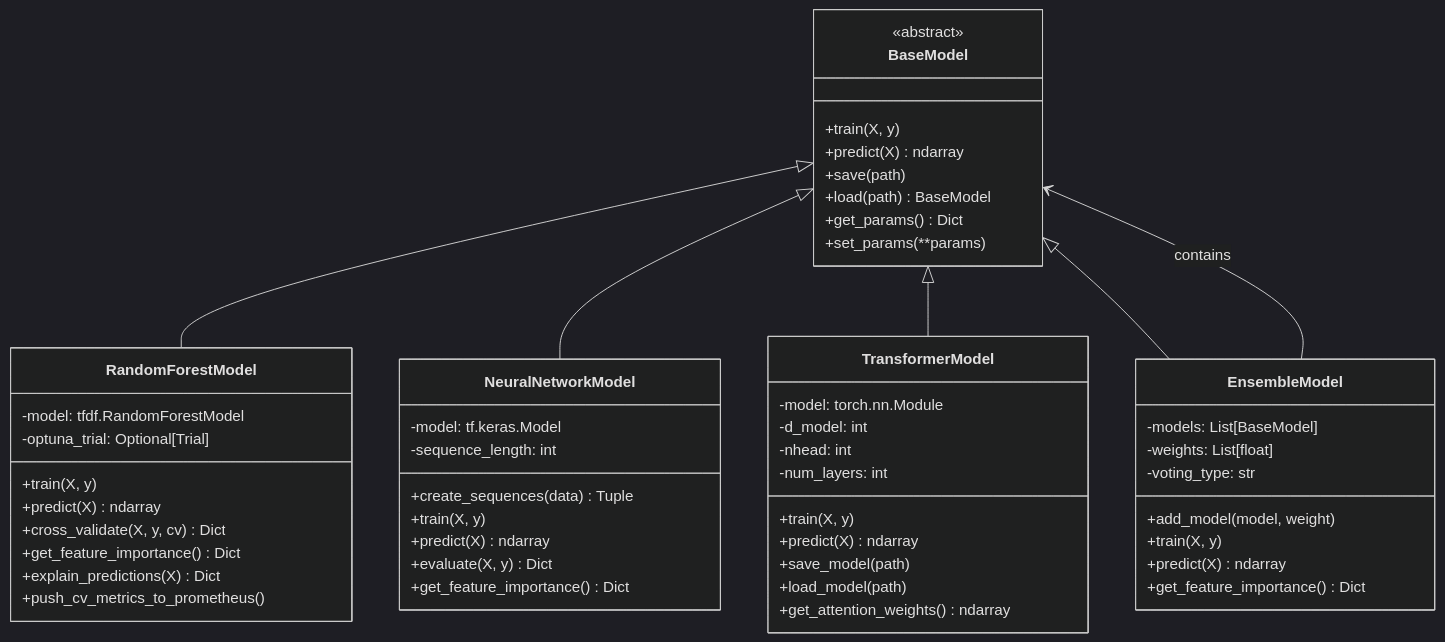
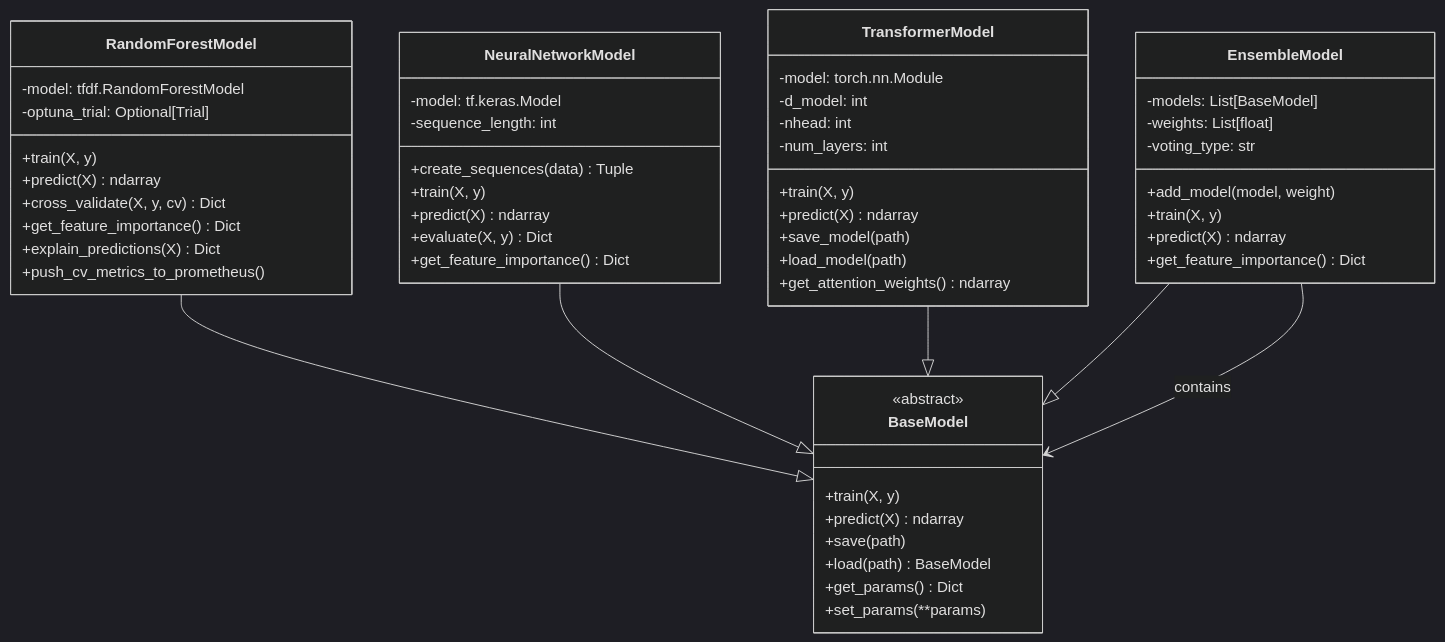
One commit to cluster2600/ELVIS changed the second of 6 diagrams in README.md. Above: the diagram before and after it, drawn with Mermaid (dark theme). The commit also changed other lines of this file and 2 other files, not shown here.

````diff
--- a/README.md
+++ b/README.md
@@ -130,62 +130,62 @@
 ```mermaid
 classDiagram
     class BaseModel {
         <<abstract>>
         +train(X, y)
         +predict(X) ndarray
         +save(path)
         +load(path) BaseModel
         +get_params() Dict
         +set_params(**params)
     }
     
     class RandomForestModel {
         -model: tfdf.RandomForestModel
         -optuna_trial: Optional[Trial]
         +train(X, y)
         +predict(X) ndarray
         +cross_validate(X, y, cv) Dict
         +get_feature_importance() Dict
         +explain_predictions(X) Dict
         +push_cv_metrics_to_prometheus()
     }
     
     class NeuralNetworkModel {
         -model: tf.keras.Model
         -sequence_length: int
         +create_sequences(data) Tuple
         +train(X, y)
         +predict(X) ndarray
         +evaluate(X, y) Dict
         +get_feature_importance() Dict
     }
     
     class TransformerModel {
         -model: torch.nn.Module
         -d_model: int
         -nhead: int
         -num_layers: int
         +train(X, y)
         +predict(X) ndarray
         +save_model(path)
         +load_model(path)
         +get_attention_weights() ndarray
     }
     
     class EnsembleModel {
         -models: List[BaseModel]
         -weights: List[float]
         -voting_type: str
         +add_model(model, weight)
         +train(X, y)
         +predict(X) ndarray
         +get_feature_importance() Dict
     }
     
-    BaseModel <|-- RandomForestModel
-    BaseModel <|-- NeuralNetworkModel
-    BaseModel <|-- TransformerModel
-    BaseModel <|-- EnsembleModel
+    RandomForestModel --|> BaseModel
+    NeuralNetworkModel --|> BaseModel
+    TransformerModel --|> BaseModel
+    EnsembleModel --|> BaseModel
     
     EnsembleModel --> BaseModel : contains
 ```
````
